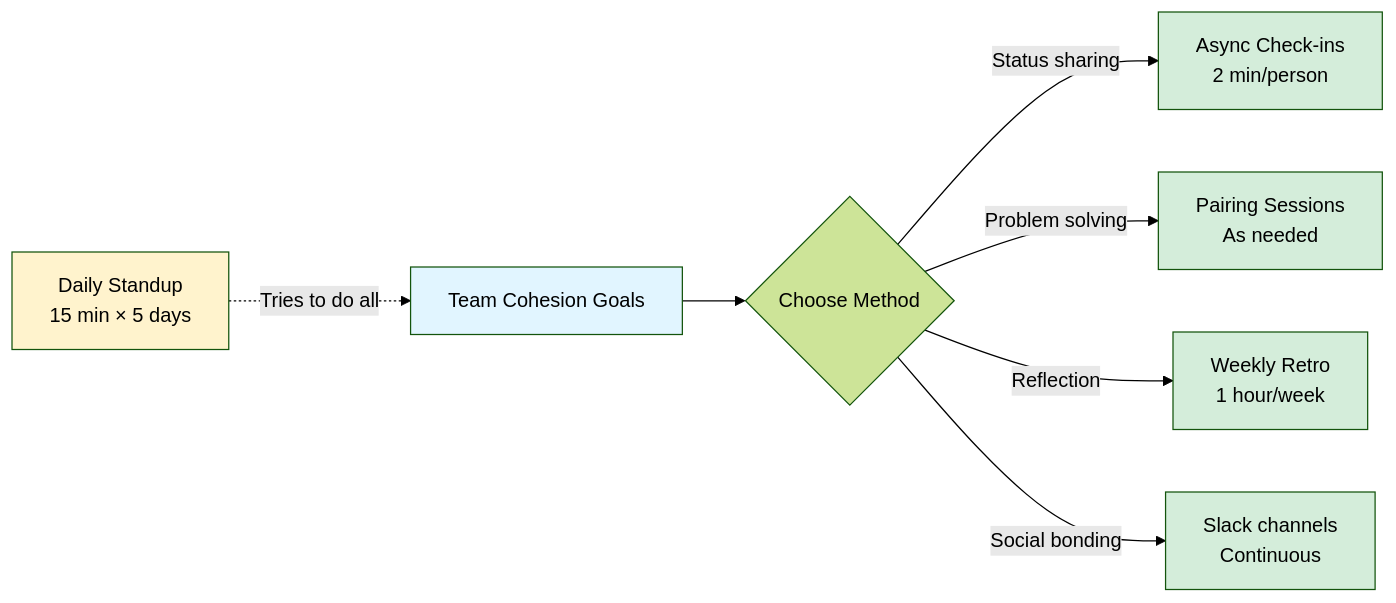
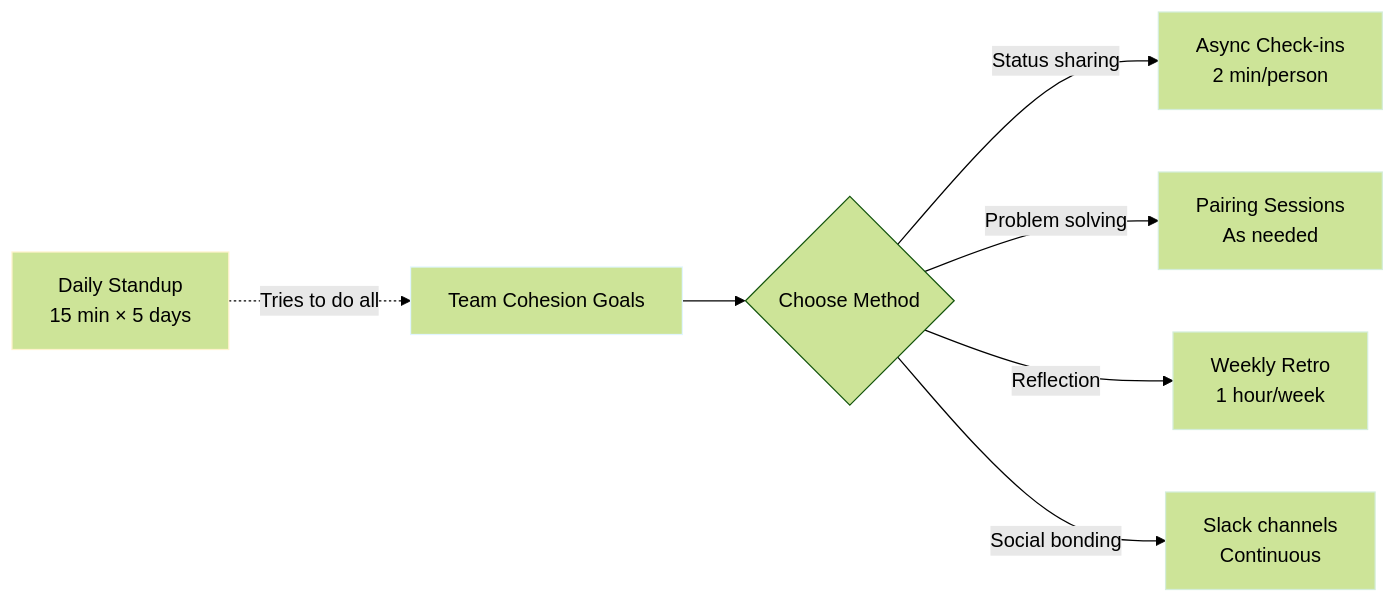
Before and after one commit to Shaddix/mostlylucidweb: the fourth of 6 diagrams in Mostlylucid/Markdown/agile-standups-ceremony-tax.md, drawn with Mermaid (forest theme). The commit also changed other lines of this file, not shown here.

First line of the commit message:
fix: update Mermaid diagrams to use stroke instead of fill for dark mode compatibility

````diff
--- a/Mostlylucid/Markdown/agile-standups-ceremony-tax.md
+++ b/Mostlylucid/Markdown/agile-standups-ceremony-tax.md
@@ -189,18 +189,18 @@
 ```mermaid
 graph LR
     A[Team Cohesion Goals] --> B{Choose Method}
 
     B -->|Status sharing| C[Async Check-ins<br/>2 min/person]
     B -->|Problem solving| D[Pairing Sessions<br/>As needed]
     B -->|Reflection| E[Weekly Retro<br/>1 hour/week]
     B -->|Social bonding| F[Slack channels<br/>Continuous]
 
     G[Daily Standup<br/>15 min × 5 days] -.->|Tries to do all| A
 
-    style A fill:#e1f5ff
-    style C fill:#d4edda
-    style D fill:#d4edda
-    style E fill:#d4edda
-    style F fill:#d4edda
-    style G fill:#fff3cd
+    style A stroke:#e1f5ff
+    style C stroke:#d4edda
+    style D stroke:#d4edda
+    style E stroke:#d4edda
+    style F stroke:#d4edda
+    style G stroke:#fff3cd
 ```
````
